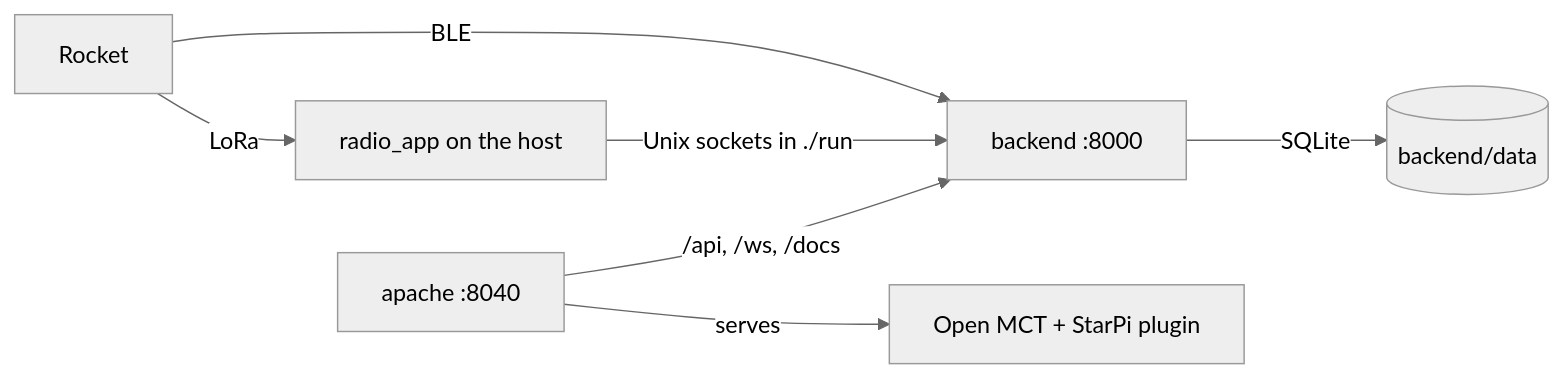
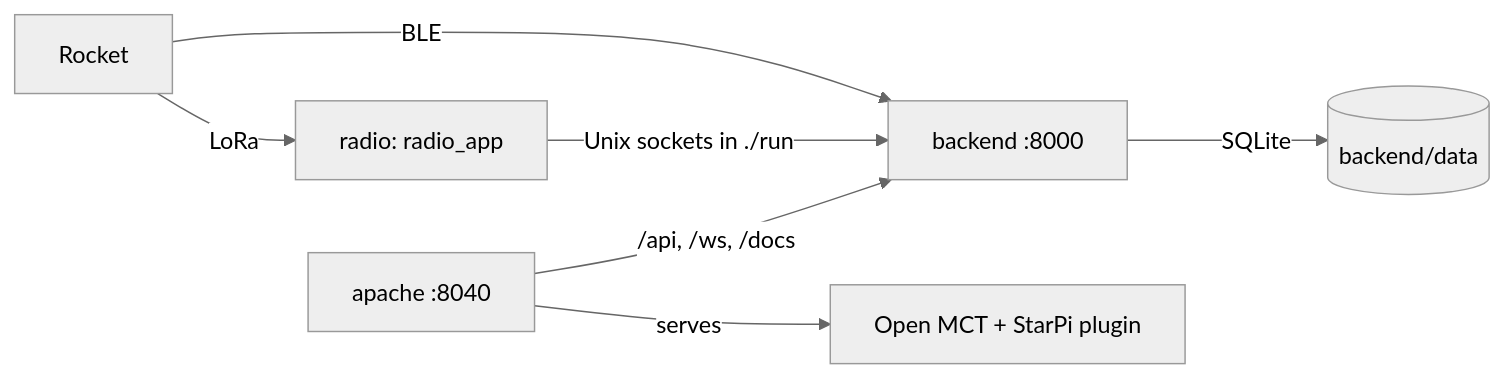
Before and after one commit to StarPi-Labs/ground-station: the diagram in README.md, drawn with Mermaid (neutral theme). The commit also changed other lines of this file and 6 other files, not shown here.

First line of the commit message:
feat: radio_app as a Compose service for the LoRa link

````diff
--- a/README.md
+++ b/README.md
@@ -65,9 +66,9 @@
 ```mermaid
 graph LR
     R[Rocket] -- BLE --> B[backend :8000]
-    R -- LoRa --> L[radio_app on the host]
+    R -- LoRa --> L[radio: radio_app]
     L -- "Unix sockets in ./run" --> B
     B -- SQLite --> D[(backend/data)]
     A[apache :8040] -- "/api, /ws, /docs" --> B
     A -- serves --> O[Open MCT + StarPi plugin]
 ```
````
